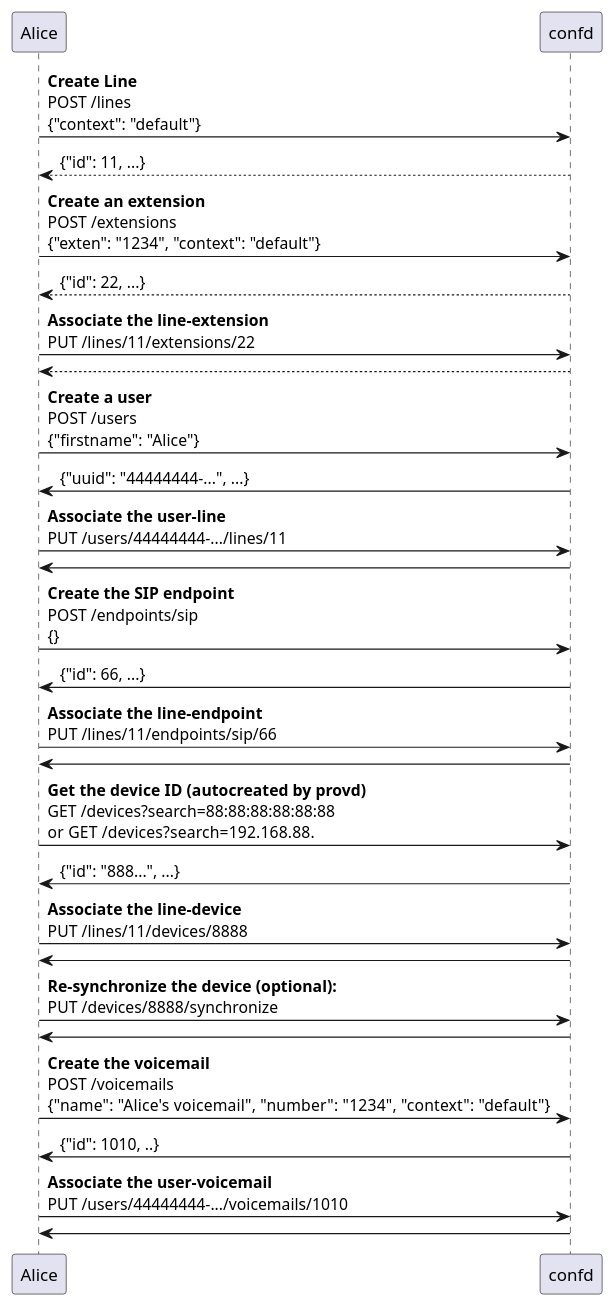
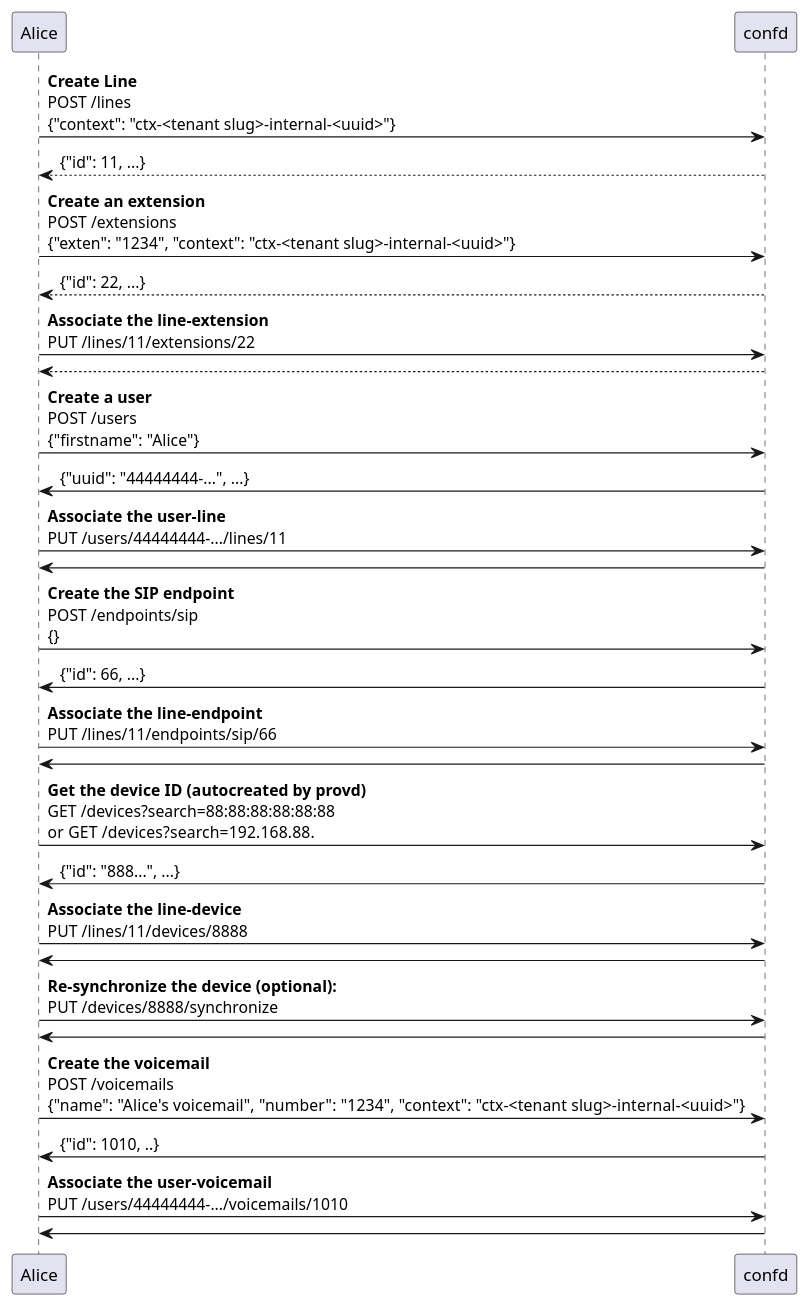
Before and after one commit to wazo-platform/wazo-platform.org: the diagram in content/confd/use-case-user-with-phone-and-voicemail.puml, drawn with PlantUML. The commit also changed 7 other files, not shown here.

Commit message:
fix context name examples to match autogenerated ones

```diff
--- a/content/confd/use-case-user-with-phone-and-voicemail.puml
+++ b/content/confd/use-case-user-with-phone-and-voicemail.puml
@@ -1,39 +1,39 @@
 @startuml
 
-Alice -> confd: <b>Create Line</b>\nPOST /lines\n{"context": "default"}
+Alice -> confd: <b>Create Line</b>\nPOST /lines\n{"context": "ctx-<tenant slug>-internal-<uuid>"}
 confd --> Alice: {"id": 11, ...}
 
-Alice -> confd: <b>Create an extension</b>\nPOST /extensions\n{"exten": "1234", "context": "default"}
+Alice -> confd: <b>Create an extension</b>\nPOST /extensions\n{"exten": "1234", "context": "ctx-<tenant slug>-internal-<uuid>"}
 confd --> Alice: {"id": 22, ...}
 
 Alice -> confd: <b>Associate the line-extension</b>\nPUT /lines/11/extensions/22
-confd --> Alice: 
+confd --> Alice:
 
 Alice -> confd: <b>Create a user</b>\nPOST /users\n{"firstname": "Alice"}
 confd -> Alice: {"uuid": "44444444-...", ...}
 
 Alice -> confd: <b>Associate the user-line</b>\nPUT /users/44444444-.../lines/11
-confd -> Alice: 
+confd -> Alice:
 
 Alice -> confd: <b>Create the SIP endpoint</b>\nPOST /endpoints/sip\n{}
 confd -> Alice: {"id": 66, ...}
 
 Alice -> confd: <b>Associate the line-endpoint</b>\nPUT /lines/11/endpoints/sip/66
 confd -> Alice:
 
 Alice -> confd: <b>Get the device ID (autocreated by provd)</b>\nGET /devices?search=88:88:88:88:88:88\nor  GET /devices?search=192.168.88.
 confd -> Alice: {"id": "888...", ...}
 
 Alice -> confd: <b>Associate the line-device</b>\nPUT /lines/11/devices/8888
 confd -> Alice:
 
 Alice -> confd: <b>Re-synchronize the device (optional):</b>\nPUT /devices/8888/synchronize
 confd -> Alice:
 
-Alice -> confd: <b>Create the voicemail</b>\nPOST /voicemails\n{"name": "Alice's voicemail",  "number": "1234",  "context": "default"}
+Alice -> confd: <b>Create the voicemail</b>\nPOST /voicemails\n{"name": "Alice's voicemail",  "number": "1234",  "context": "ctx-<tenant slug>-internal-<uuid>"}
 confd -> Alice: {"id": 1010, ..}
 
 Alice -> confd: <b>Associate the user-voicemail</b>\nPUT /users/44444444-.../voicemails/1010
 confd -> Alice:
 
 @enduml
```
